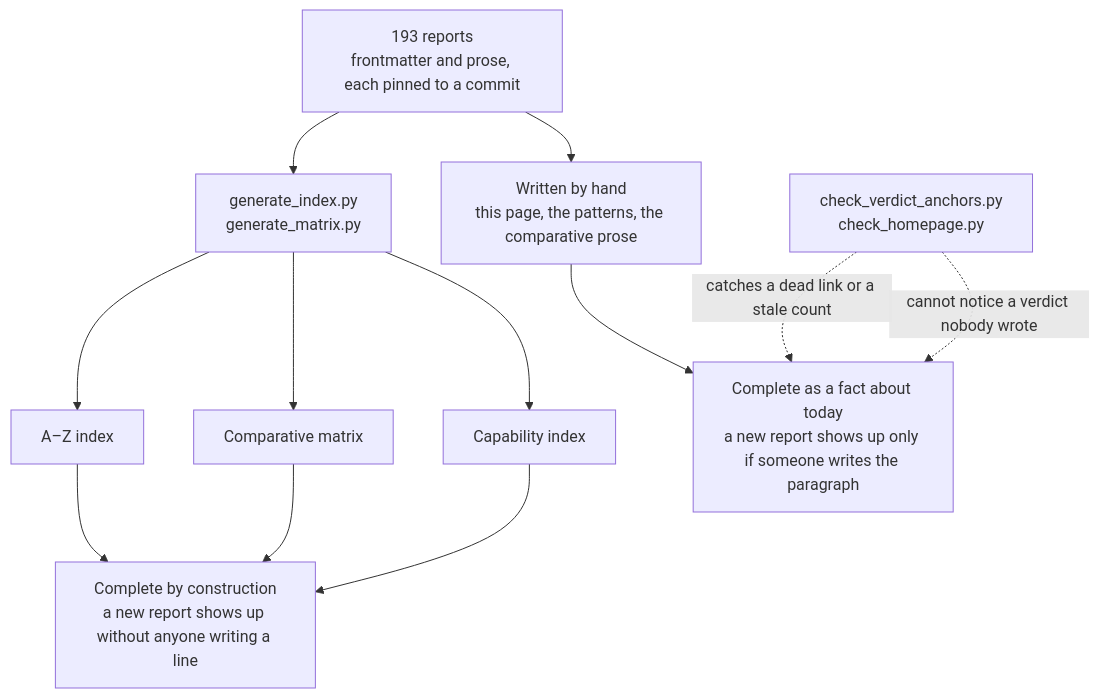
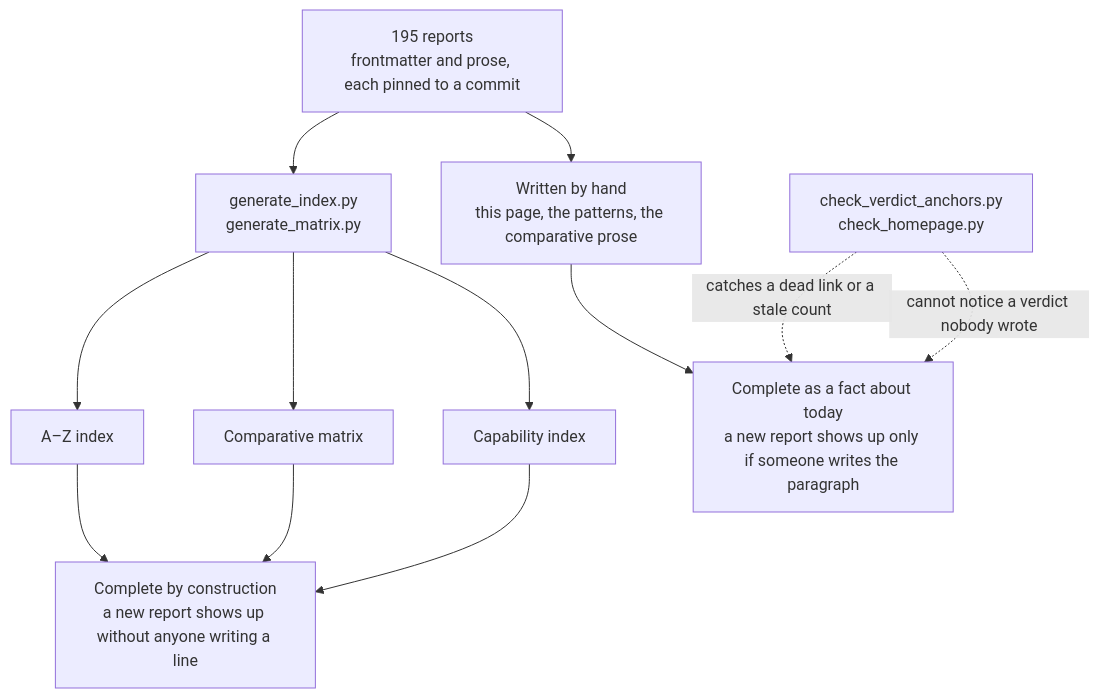
The diagram in content/verdicts.md (neoneye/agent-memory-atlas), drawn with Mermaid before and after one commit. The commit also changed other lines of this file and 21 other files, not shown here.

````diff
--- a/content/verdicts.md
+++ b/content/verdicts.md
@@ -40,15 +40,15 @@
 ```mermaid
 flowchart TD
-    R["193 reports<br/>frontmatter and prose, each pinned to a commit"]
+    R["195 reports<br/>frontmatter and prose, each pinned to a commit"]
     R --> GEN["generate_index.py<br/>generate_matrix.py"]
     R --> HAND["Written by hand<br/>this page, the patterns, the comparative prose"]
     GEN --> AZ["A–Z index"]
     GEN --> MX["Comparative matrix"]
     GEN --> CI["Capability index"]
     AZ --> CONST["Complete by construction<br/>a new report shows up without anyone writing a line"]
     MX --> CONST
     CI --> CONST
     HAND --> TODAY["Complete as a fact about today<br/>a new report shows up only if someone writes the paragraph"]
     CHK["check_verdict_anchors.py<br/>check_homepage.py"] -.->|"catches a dead link or a stale count"| TODAY
     CHK -.->|"cannot notice a verdict nobody wrote"| TODAY
 ```
````
